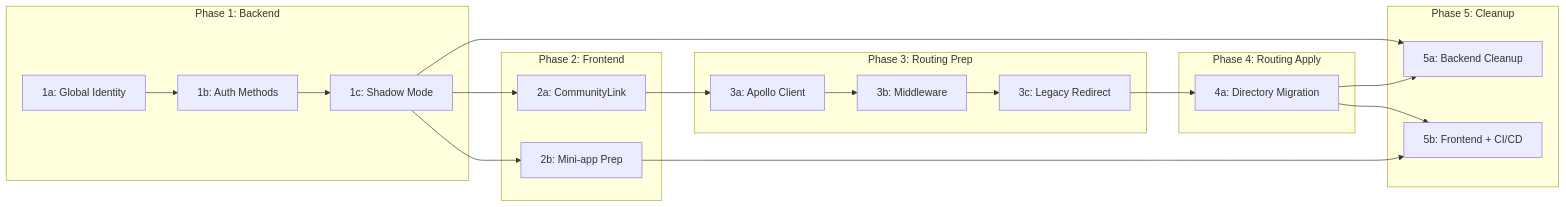
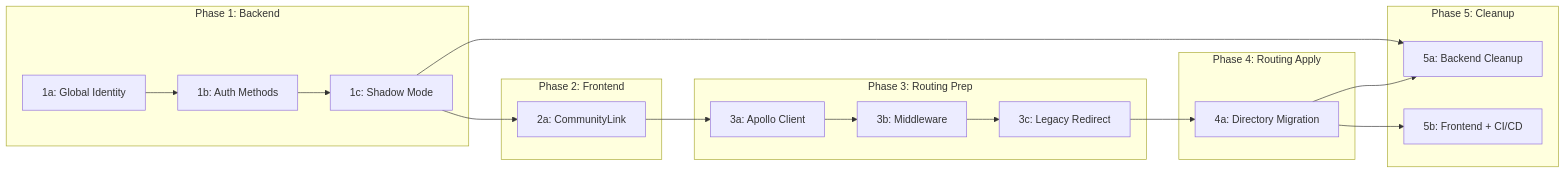
One commit to Hopin-inc/civicship-portal changed the diagram in docs/migration/00-overview.md. Above: the diagram before and after it, drawn with Mermaid. The commit also changed other lines of this file and 2 other files, not shown here.

Commit message:
docs: remove LINE Mini App content, focus on instance consolidation only

````diff
--- a/docs/migration/00-overview.md
+++ b/docs/migration/00-overview.md
@@ -153,35 +112,32 @@
 ```mermaid
 graph LR
     subgraph Phase1[Phase 1: Backend]
         PR1a[1a: Global Identity] --> PR1b[1b: Auth Methods]
         PR1b --> PR1c[1c: Shadow Mode]
     end
     
     subgraph Phase2[Phase 2: Frontend]
         PR2a[2a: CommunityLink]
-        PR2b[2b: Mini-app Prep]
     end
     
     subgraph Phase3[Phase 3: Routing Prep]
         PR3a[3a: Apollo Client] --> PR3b[3b: Middleware]
         PR3b --> PR3c[3c: Legacy Redirect]
     end
     
     subgraph Phase4[Phase 4: Routing Apply]
         PR4a[4a: Directory Migration]
     end
     
     subgraph Phase5[Phase 5: Cleanup]
         PR5a[5a: Backend Cleanup]
         PR5b[5b: Frontend + CI/CD]
     end
     
     PR1c --> PR2a
-    PR1c --> PR2b
     PR2a --> PR3a
-    PR2b --> PR5b
     PR3c --> PR4a
     PR4a --> PR5a
     PR4a --> PR5b
     PR1c --> PR5a
 ```
````
